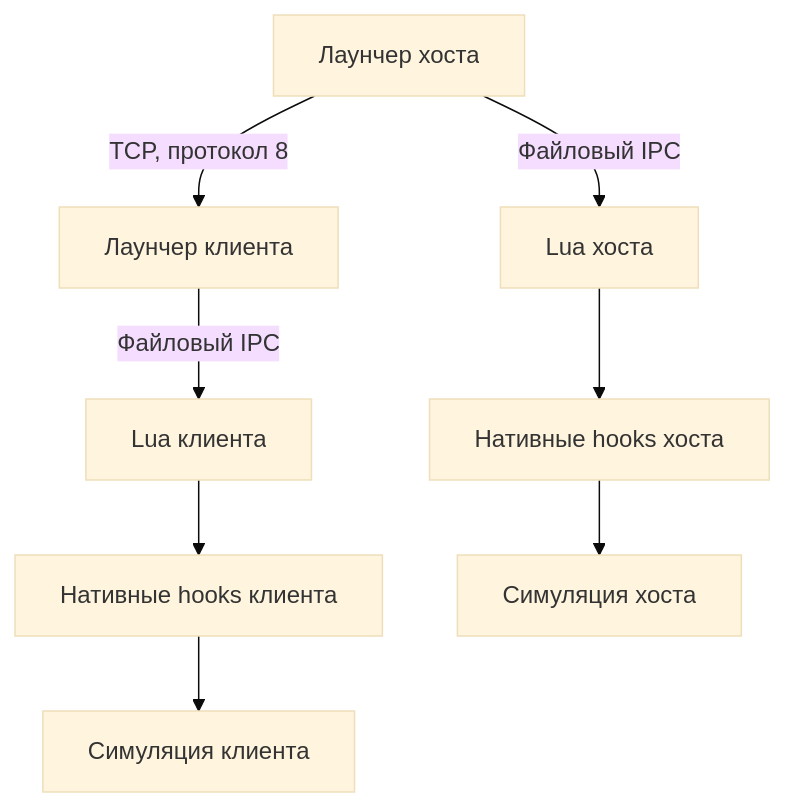
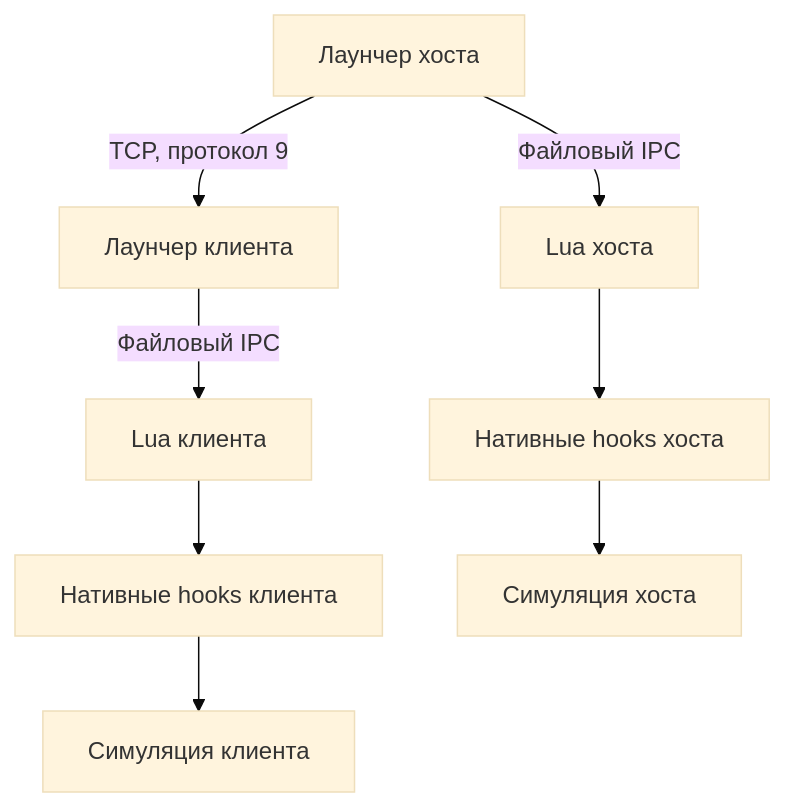
One commit to WestDed/TransportFever3-Multiplayer changed the diagram in ARCHITECTURE.md. Above: the diagram before and after it, drawn with Mermaid (base theme). The commit also changed other lines of this file and 19 other files, not shown here.

````diff
--- a/ARCHITECTURE.md
+++ b/ARCHITECTURE.md
@@ -13,10 +15,10 @@
 ```mermaid
 flowchart TD
-  H["Лаунчер хоста"] -->|"TCP, протокол 8"| C["Лаунчер клиента"]
+  H["Лаунчер хоста"] -->|"TCP, протокол 9"| C["Лаунчер клиента"]
   H -->|"Файловый IPC"| HL["Lua хоста"]
   C -->|"Файловый IPC"| CL["Lua клиента"]
   HL --> HN["Нативные hooks хоста"]
   CL --> CN["Нативные hooks клиента"]
   HN --> HE["Симуляция хоста"]
   CN --> CE["Симуляция клиента"]
 ```
````
